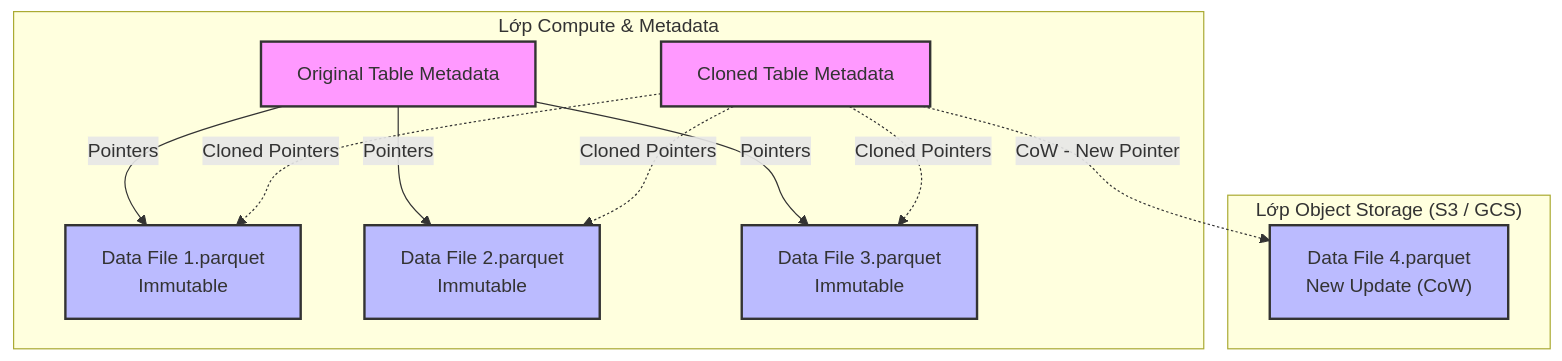
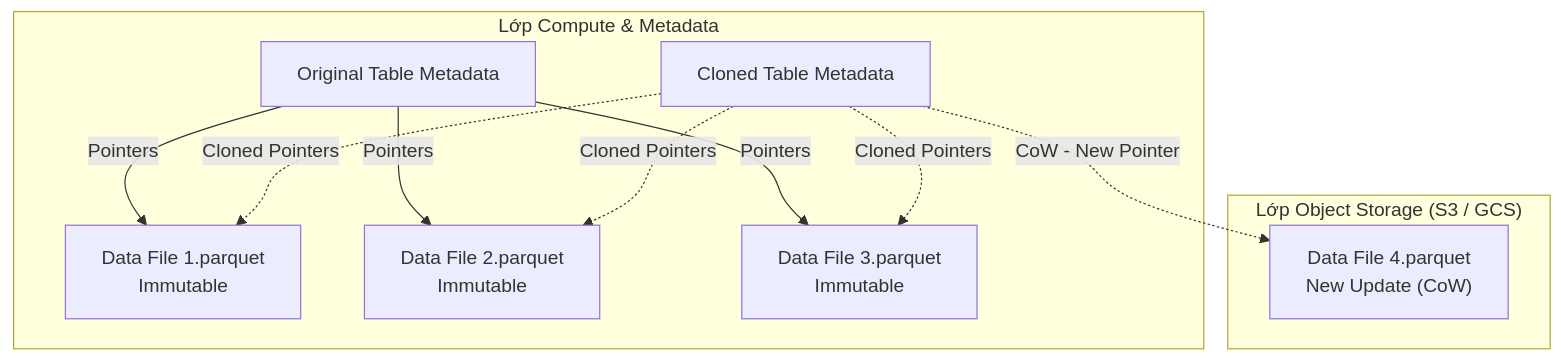
Before and after one commit to kythuatdulieu/kythuatdulieu.github.io: the diagram in src/content/docs/concepts/1-distributed-systems-architecture/zero-copy-cloning.md, drawn with Mermaid. The commit also changed 682 other files, not shown here.

````diff
--- a/src/content/docs/concepts/1-distributed-systems-architecture/zero-copy-cloning.md
+++ b/src/content/docs/concepts/1-distributed-systems-architecture/zero-copy-cloning.md
@@ -28,25 +28,23 @@
 ```mermaid
 graph TD
     subgraph Lớp Compute & Metadata
         A["Original Table Metadata"] -->|Pointers| P1
         A -->|Pointers| P2
         A -->|Pointers| P3
         B["Cloned Table Metadata"] -.->|Cloned Pointers| P1
         B -.->|Cloned Pointers| P2
         B -.->|Cloned Pointers| P3
     end
 
     subgraph "Lớp Object Storage (S3 / GCS)"
         P1["Data File 1.parquet <br/> Immutable"]
         P2["Data File 2.parquet <br/> Immutable"]
         P3["Data File 3.parquet <br/> Immutable"]
         P4["Data File 4.parquet <br/> New Update (CoW)"]
     end
     
     B -.->|CoW - New Pointer| P4
-    
-    classDef metadata fill:#f9f,stroke:#333,stroke-width:2px;
-    classDef storage fill:#bbf,stroke:#333,stroke-width:2px;
+
     class A,B metadata;
     class P1,P2,P3,P4 storage;
 ```
````
